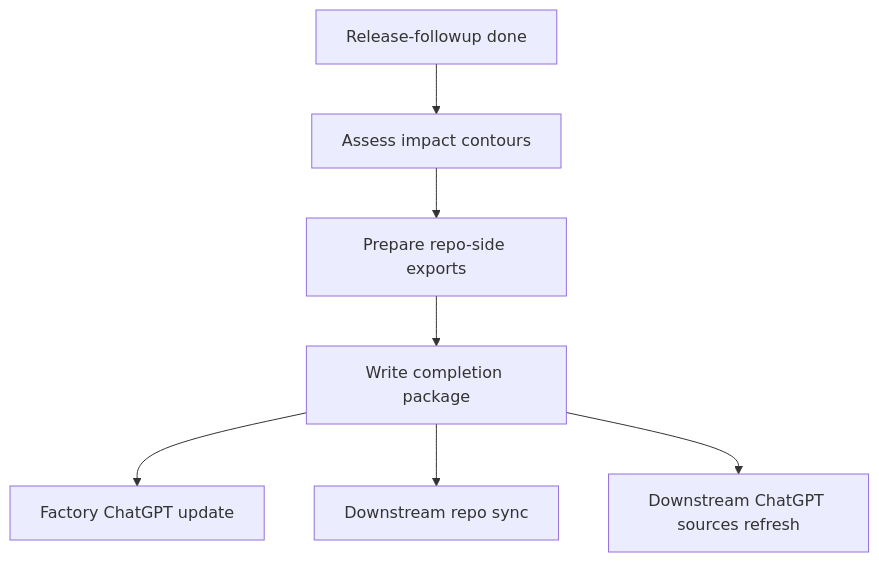
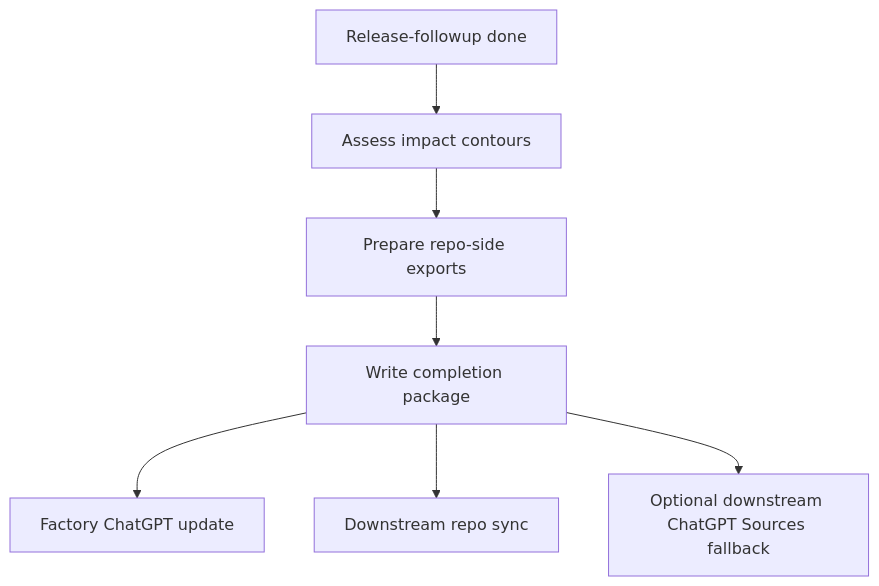
One commit to mppcoder/factory-template changed diagram 11 of 13 in docs/template-architecture-and-event-workflows.md. Above: the diagram before and after it, drawn with Mermaid. The commit also changed other lines of this file and 5 other files, not shown here.

````diff
--- a/docs/template-architecture-and-event-workflows.md
+++ b/docs/template-architecture-and-event-workflows.md
@@ -572,9 +572,9 @@
 ```mermaid
 flowchart TD
     A[Release-followup done] --> B[Assess impact contours]
     B --> C[Prepare repo-side exports]
     C --> D[Write completion package]
     D --> E[Factory ChatGPT update]
     D --> F[Downstream repo sync]
-    D --> G[Downstream ChatGPT sources refresh]
+    D --> G[Optional downstream ChatGPT Sources fallback]
 ```
````
